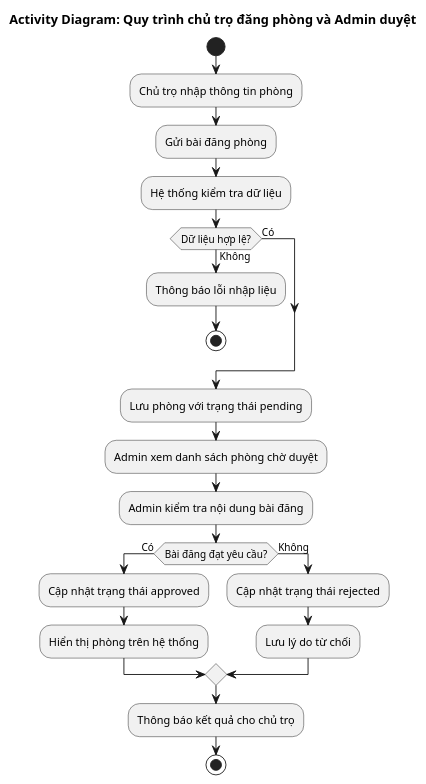
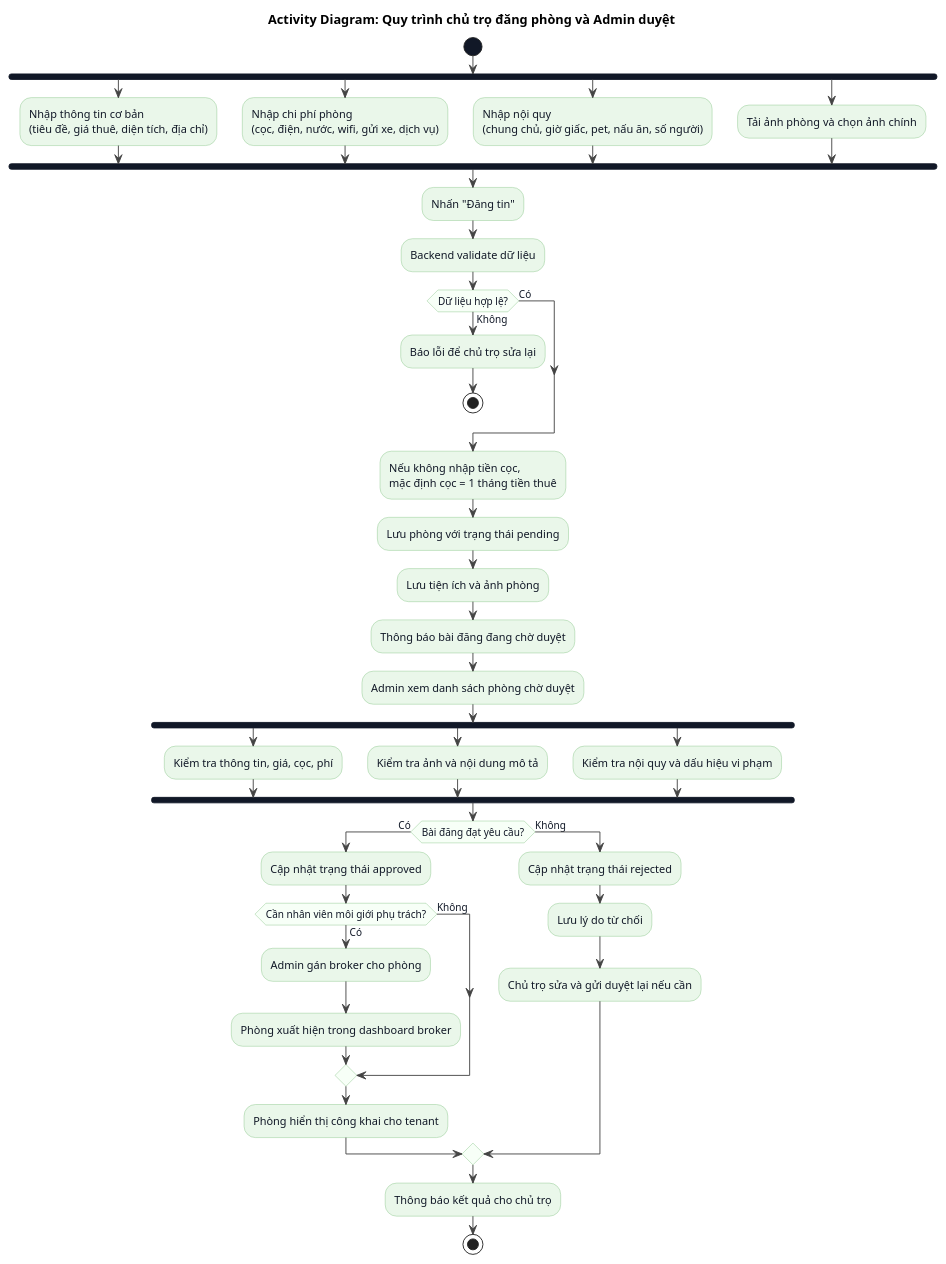
Before and after one commit to kinhon11/roommatch: the diagram in PlantUML/Activity/LandlordRoomApprovalActivity.plantuml, drawn with PlantUML. The commit also changed 10 other files, not shown here.

Commit message:
Update PlantUML business workflow diagrams

```diff
--- a/PlantUML/Activity/LandlordRoomApprovalActivity.plantuml
+++ b/PlantUML/Activity/LandlordRoomApprovalActivity.plantuml
@@ -1,30 +1,72 @@
 @startuml
 title Activity Diagram: Quy trình chủ trọ đăng phòng và Admin duyệt
 
+skinparam shadowing false
+skinparam defaultFontName Arial
+skinparam activity {
+  BackgroundColor #EAF7EA
+  BorderColor #8BC58B
+  FontColor #111827
+  DiamondBackgroundColor #F7FFF7
+  DiamondBorderColor #8BC58B
+  StartColor #111827
+  EndColor #111827
+  BarColor #111827
+}
+skinparam arrow {
+  Color #444444
+  FontColor #111827
+}
+
 start
-:Chủ trọ nhập thông tin phòng;
-:Gửi bài đăng phòng;
-:Hệ thống kiểm tra dữ liệu;
+fork
+  :Nhập thông tin cơ bản\n(tiêu đề, giá thuê, diện tích, địa chỉ);
+fork again
+  :Nhập chi phí phòng\n(cọc, điện, nước, wifi, gửi xe, dịch vụ);
+fork again
+  :Nhập nội quy\n(chung chủ, giờ giấc, pet, nấu ăn, số người);
+fork again
+  :Tải ảnh phòng và chọn ảnh chính;
+end fork
+
+:Nhấn "Đăng tin";
+:Backend validate dữ liệu;
 
 if (Dữ liệu hợp lệ?) then (Không)
-  :Thông báo lỗi nhập liệu;
+  :Báo lỗi để chủ trọ sửa lại;
   stop
 else (Có)
 endif
 
+:Nếu không nhập tiền cọc,\nmặc định cọc = 1 tháng tiền thuê;
 :Lưu phòng với trạng thái pending;
+:Lưu tiện ích và ảnh phòng;
+:Thông báo bài đăng đang chờ duyệt;
+
 :Admin xem danh sách phòng chờ duyệt;
-:Admin kiểm tra nội dung bài đăng;
+fork
+  :Kiểm tra thông tin, giá, cọc, phí;
+fork again
+  :Kiểm tra ảnh và nội dung mô tả;
+fork again
+  :Kiểm tra nội quy và dấu hiệu vi phạm;
+end fork
 
 if (Bài đăng đạt yêu cầu?) then (Có)
   :Cập nhật trạng thái approved;
-  :Hiển thị phòng trên hệ thống;
+  if (Cần nhân viên môi giới phụ trách?) then (Có)
+    :Admin gán broker cho phòng;
+    :Phòng xuất hiện trong dashboard broker;
+  else (Không)
+  endif
+  :Phòng hiển thị công khai cho tenant;
 else (Không)
   :Cập nhật trạng thái rejected;
   :Lưu lý do từ chối;
+  :Chủ trọ sửa và gửi duyệt lại nếu cần;
 endif
 
 :Thông báo kết quả cho chủ trọ;
 stop
 
 @enduml
```
